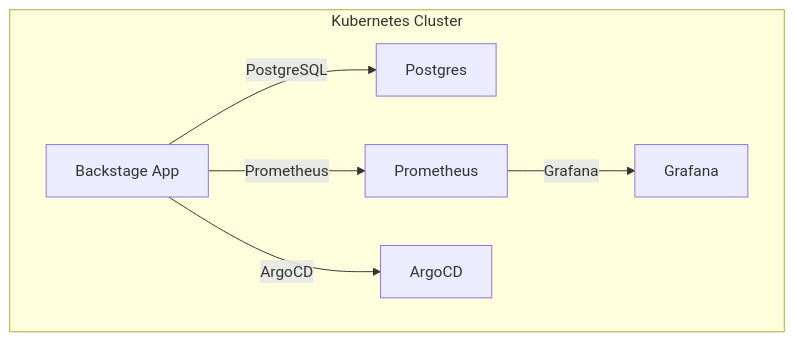
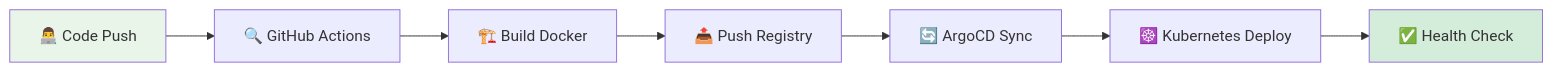
Before and after one commit to Portfolio-jaime/Backstage-Manual: the second of 4 diagrams in README.md, drawn with Mermaid. The commit also changed other lines of this file and 14 other files, not shown here.

````diff
--- a/README.md
+++ b/README.md
@@ -39,9 +127,12 @@
 ```mermaid
-graph TD;
-  subgraph Kubernetes Cluster
-    A[Backstage App] -- PostgreSQL --> B[Postgres]
-    A -- Prometheus --> C[Prometheus]
-    C -- Grafana --> D[Grafana]
-    A -- ArgoCD --> E[ArgoCD]
-  end
+flowchart LR
+    A[👨‍💻 Code Push] --> B[🔍 GitHub Actions]
+    B --> C[🏗️ Build Docker]
+    C --> D[📤 Push Registry]
+    D --> E[🔄 ArgoCD Sync]
+    E --> F[☸️ Kubernetes Deploy]
+    F --> G[✅ Health Check]
+
+    style A fill:#e8f5e8
+    style G fill:#d4edda
 ```
````
